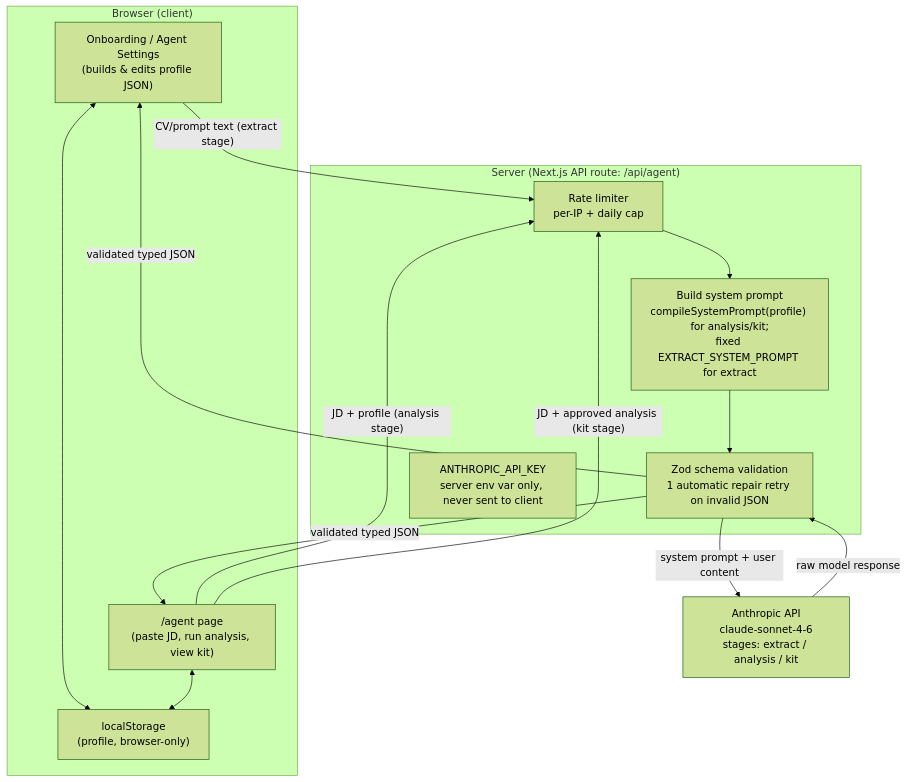
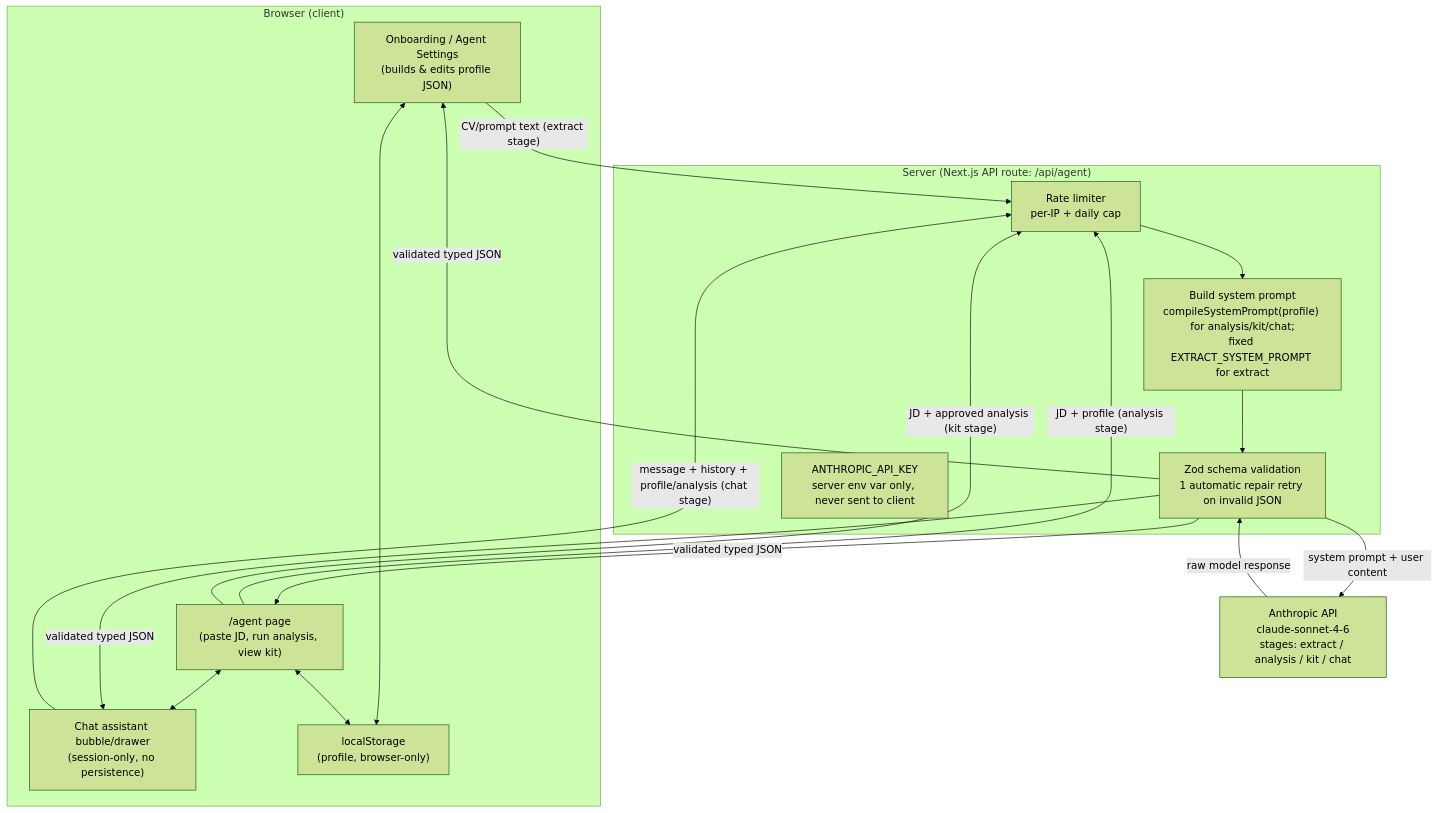
One commit to abhpaul-personal/ai-job-application-agent changed the diagram in docs/ARCHITECTURE.md. Above: the diagram before and after it, drawn with Mermaid (forest theme). The commit also changed other lines of this file, not shown here.

First line of the commit message:
docs: reflect the chat assistant stage/component in ARCHITECTURE.md

````diff
--- a/docs/ARCHITECTURE.md
+++ b/docs/ARCHITECTURE.md
@@ -7,26 +7,30 @@
 ```mermaid
 flowchart TB
     subgraph Browser["Browser (client)"]
         Onboard["Onboarding / Agent Settings\n(builds & edits profile JSON)"]
         Agent["/agent page\n(paste JD, run analysis, view kit)"]
+        Chat["Chat assistant bubble/drawer\n(session-only, no persistence)"]
         Storage["localStorage\n(profile, browser-only)"]
         Onboard <--> Storage
         Agent <--> Storage
+        Agent <--> Chat
     end
     subgraph Server["Server (Next.js API route: /api/agent)"]
-        Compile["Build system prompt\ncompileSystemPrompt(profile) for analysis/kit;\nfixed EXTRACT_SYSTEM_PROMPT for extract"]
+        Compile["Build system prompt\ncompileSystemPrompt(profile) for analysis/kit/chat;\nfixed EXTRACT_SYSTEM_PROMPT for extract"]
         Validate["Zod schema validation\n1 automatic repair retry on invalid JSON"]
         RateLimit["Rate limiter\nper-IP + daily cap"]
         Key["ANTHROPIC_API_KEY\nserver env var only, never sent to client"]
     end
-    Anthropic["Anthropic API\nclaude-sonnet-4-6\nstages: extract / analysis / kit"]
+    Anthropic["Anthropic API\nclaude-sonnet-4-6\nstages: extract / analysis / kit / chat"]
     Onboard -- "CV/prompt text (extract stage)" --> RateLimit
     Agent -- "JD + profile (analysis stage)" --> RateLimit
     Agent -- "JD + approved analysis (kit stage)" --> RateLimit
+    Chat -- "message + history + profile/analysis (chat stage)" --> RateLimit
     RateLimit --> Compile
     Compile --> Validate
     Validate -- "system prompt + user content" --> Anthropic
     Anthropic -- "raw model response" --> Validate
     Validate -- "validated typed JSON" --> Agent
     Validate -- "validated typed JSON" --> Onboard
+    Validate -- "validated typed JSON" --> Chat
 ```
````
